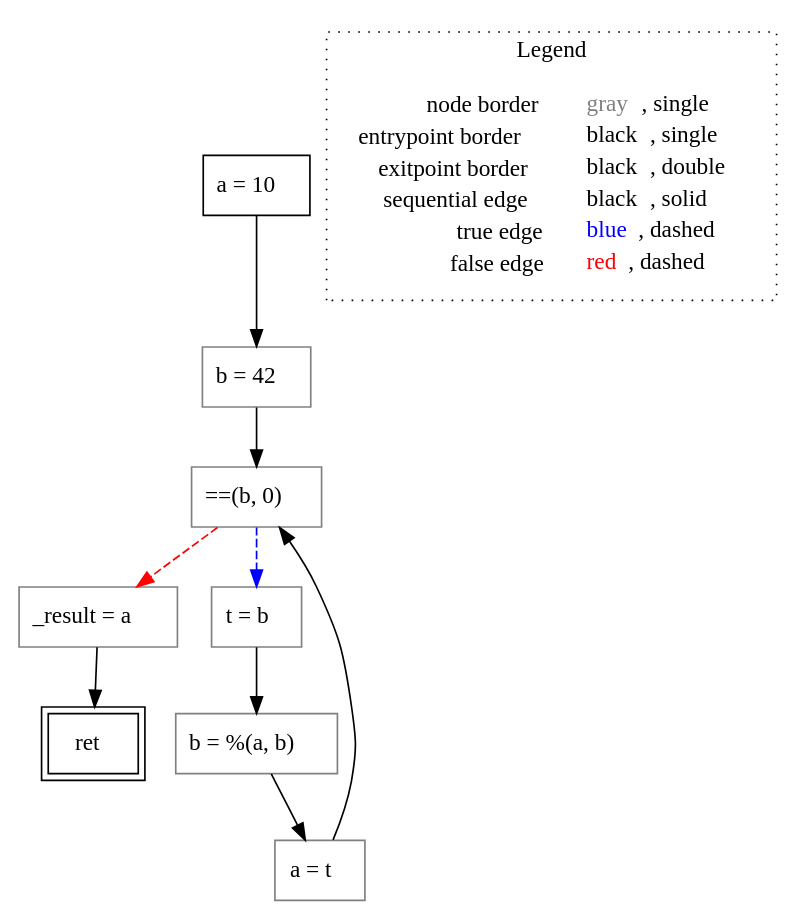
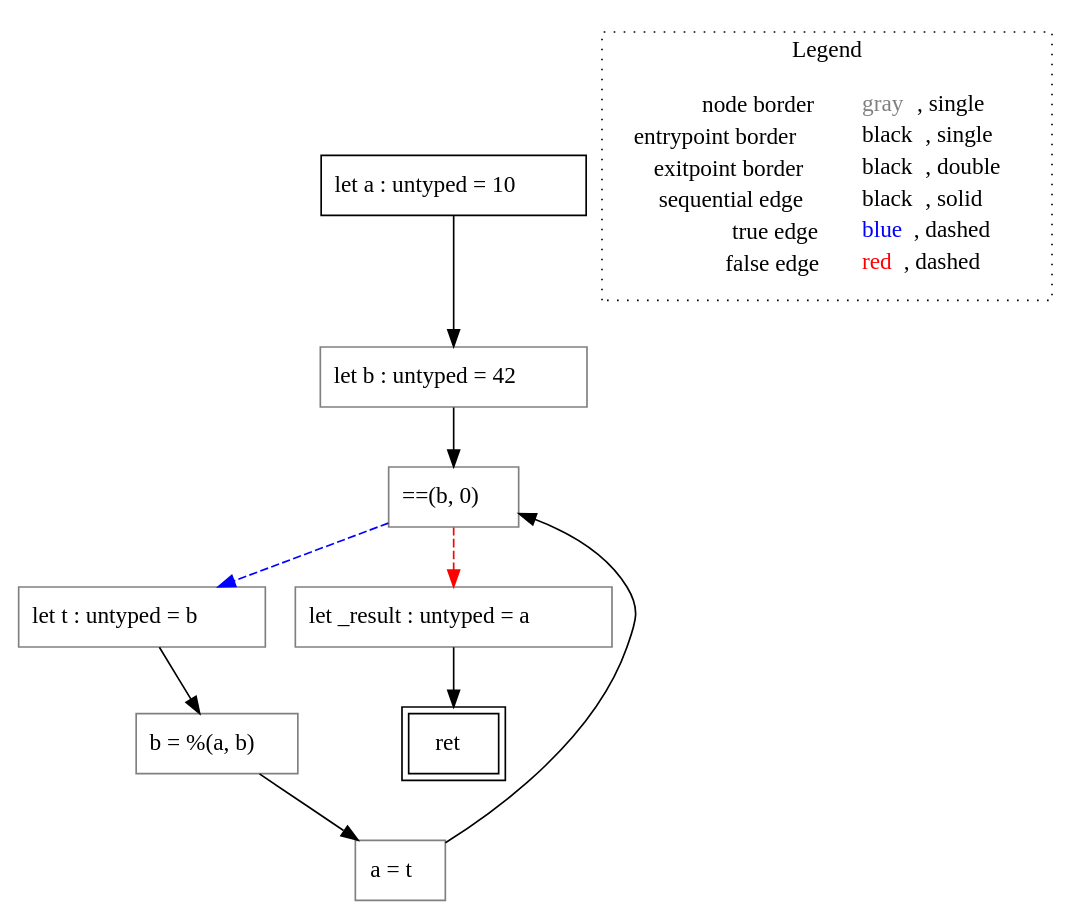
The diagram in rust-lisa/rust-testcases/cfg/euclidian-gcd/untyped_rust-testcases_cfg_euclidian-gcd_euclidian-gcd.rs.main().dot (VincenzoArceri/rust-lisa), drawn with Graphviz before and after one commit. The commit also changed 9 other files, not shown here.

```diff
--- a/rust-lisa/rust-testcases/cfg/euclidian-gcd/untyped_rust-testcases_cfg_euclidian-gcd_euclidian-gcd.rs.main().dot
+++ b/rust-lisa/rust-testcases/cfg/euclidian-gcd/untyped_rust-testcases_cfg_euclidian-gcd_euclidian-gcd.rs.main().dot
@@ -1,25 +1,25 @@
 digraph {
-	"node0" [shape="rect",color="black",label=<a = 10>];
-	"node1" [shape="rect",color="gray",label=<b = 42>];
-	"node2" [shape="rect",color="gray",label=<_result = a>];
-	"node3" [shape="rect",color="black",peripheries="2",label=<ret>];
-	"node4" [shape="rect",color="gray",label=<t = b>];
-	"node5" [shape="rect",color="gray",label=<b = %(a, b)>];
-	"node6" [shape="rect",color="gray",label=<==(b, 0)>];
-	"node7" [shape="rect",color="gray",label=<a = t>];
-	"node1" -> "node6" [color="black"];
-	"node2" -> "node3" [color="black"];
-	"node0" -> "node1" [color="black"];
-	"node4" -> "node5" [color="black"];
-	"node5" -> "node7" [color="black"];
-	"node6" -> "node2" [color="red",style="dashed"];
-	"node6" -> "node4" [color="blue",style="dashed"];
-	"node7" -> "node6" [color="black"];
+	"node0" [shape="rect",color="black",label=<let a : untyped = 10>];
+	"node1" [shape="rect",color="gray",label=<b = %(a, b)>];
+	"node2" [shape="rect",color="gray",label=<==(b, 0)>];
+	"node3" [shape="rect",color="gray",label=<a = t>];
+	"node4" [shape="rect",color="gray",label=<let t : untyped = b>];
+	"node5" [shape="rect",color="gray",label=<let b : untyped = 42>];
+	"node6" [shape="rect",color="gray",label=<let _result : untyped = a>];
+	"node7" [shape="rect",color="black",peripheries="2",label=<ret>];
+	"node1" -> "node3" [color="black"];
+	"node2" -> "node4" [color="blue",style="dashed"];
+	"node2" -> "node6" [color="red",style="dashed"];
+	"node3" -> "node2" [color="black"];
+	"node4" -> "node1" [color="black"];
+	"node5" -> "node2" [color="black"];
+	"node6" -> "node7" [color="black"];
+	"node0" -> "node5" [color="black"];
 subgraph cluster_legend {
 	label="Legend";
 	style=dotted;
 	node [shape=plaintext];
 	"legend" [label=<<table border="0" cellpadding="2" cellspacing="0" cellborder="0"><tr><td align="right">node border&nbsp;</td><td align="left"><font color="gray">gray</font>, single</td></tr><tr><td align="right">entrypoint border&nbsp;</td><td align="left"><font color="black">black</font>, single</td></tr><tr><td align="right">exitpoint border&nbsp;</td><td align="left"><font color="black">black</font>, double</td></tr><tr><td align="right">sequential edge&nbsp;</td><td align="left"><font color="black">black</font>, solid</td></tr><tr><td align="right">true edge&nbsp;</td><td align="left"><font color="blue">blue</font>, dashed</td></tr><tr><td align="right">false edge&nbsp;</td><td align="left"><font color="red">red</font>, dashed</td></tr></table>>];
 }
 
 }
```
